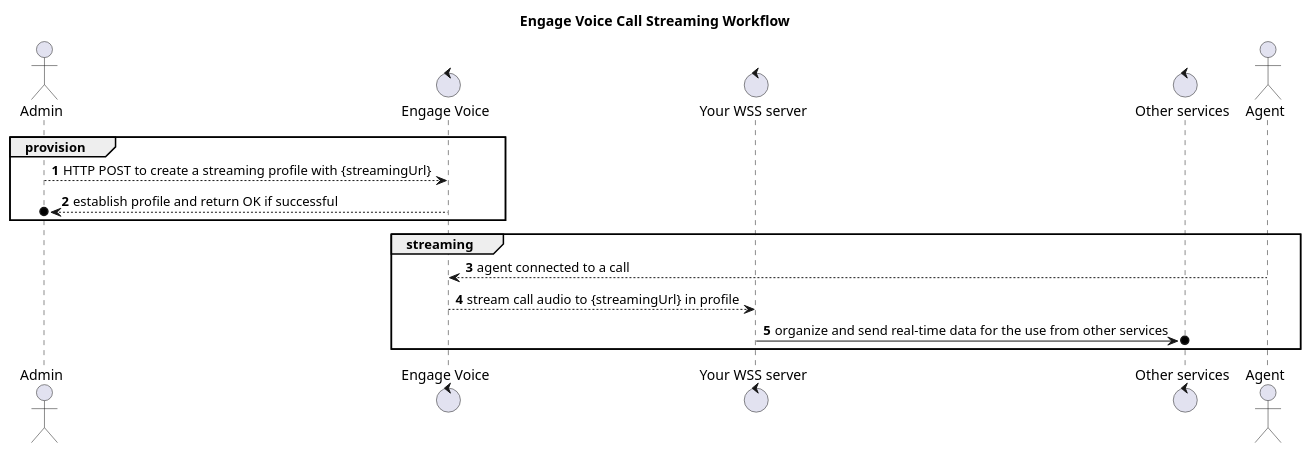
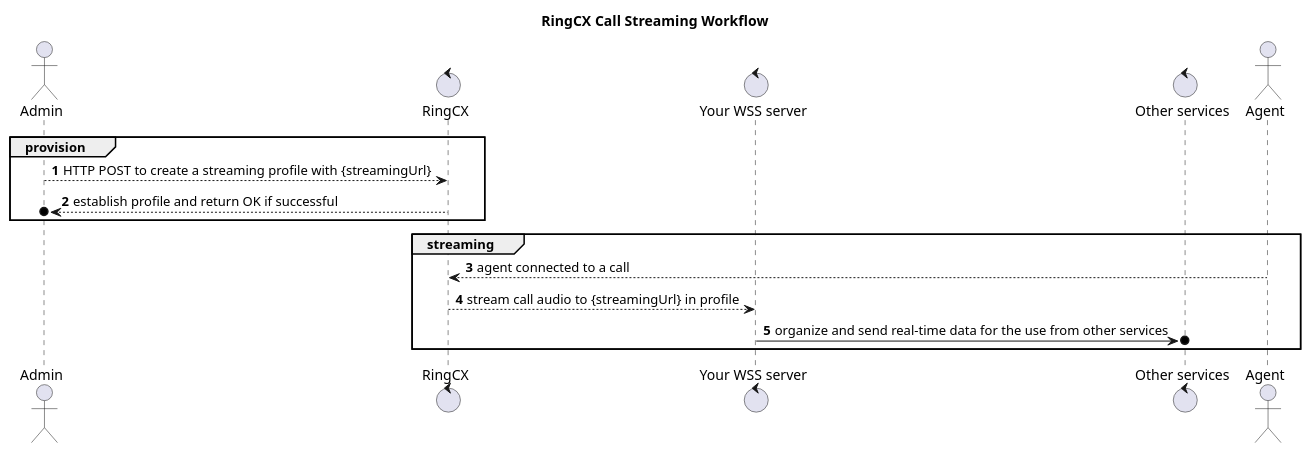
One commit to ringcentral/engage-voice-api-docs changed the diagram in docs/workforce/call-streaming/call-streaming.puml. Above: the diagram before and after it, drawn with PlantUML. The commit also changed 53 other files, not shown here.

Commit message:
Purged Engage from docs, replaced with RingCX

```diff
--- a/docs/workforce/call-streaming/call-streaming.puml
+++ b/docs/workforce/call-streaming/call-streaming.puml
@@ -1,28 +1,28 @@
 @startuml
 
-title Engage Voice Call Streaming Workflow
+title RingCX Call Streaming Workflow
 
 autonumber
 
 actor "Admin" as admin
-control "Engage Voice"  as stream
+control "RingCX"  as stream
 control "Your WSS server" as wss 
 control "Other services" as other
 actor "Agent" as agent
 
 group provision
 
     admin --> stream: HTTP POST to create a streaming profile with {streamingUrl}
     stream -->o admin: establish profile and return OK if successful
 
 end
 
 group streaming
 
     agent --> stream: agent connected to a call
     stream --> wss: stream call audio to {streamingUrl} in profile
     wss ->o other: organize and send real-time data for the use from other services
 
 end
 
 @enduml
```
